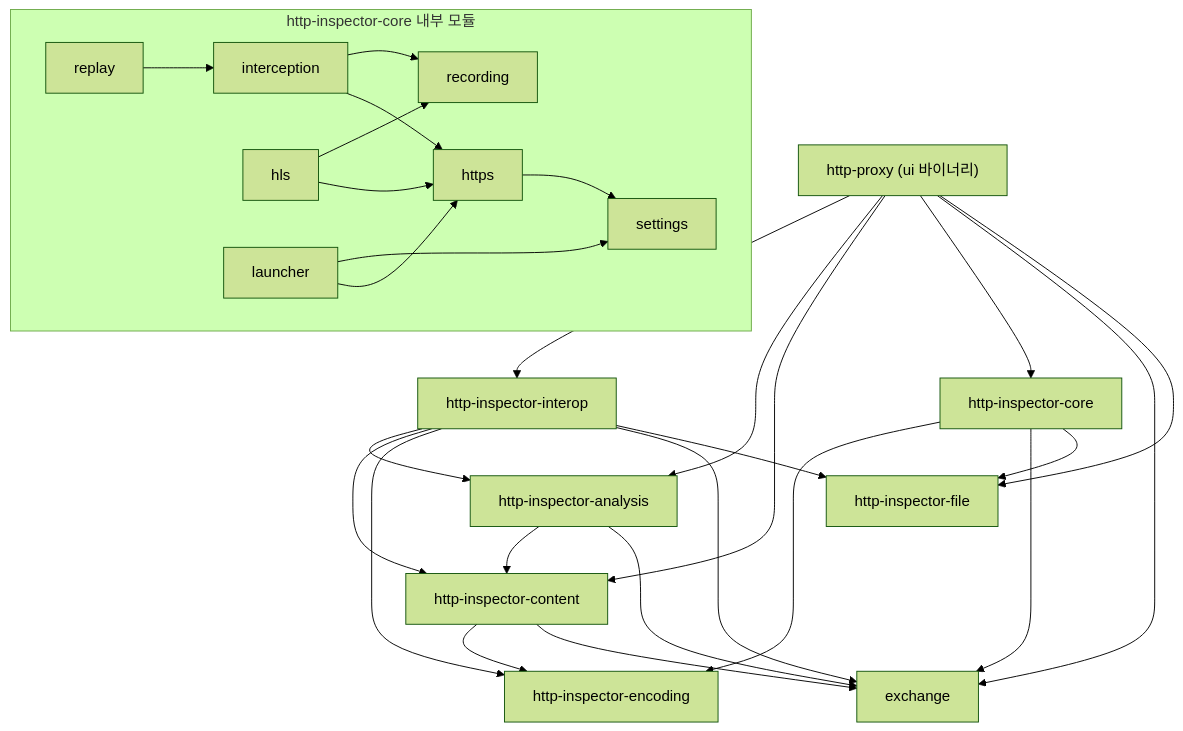
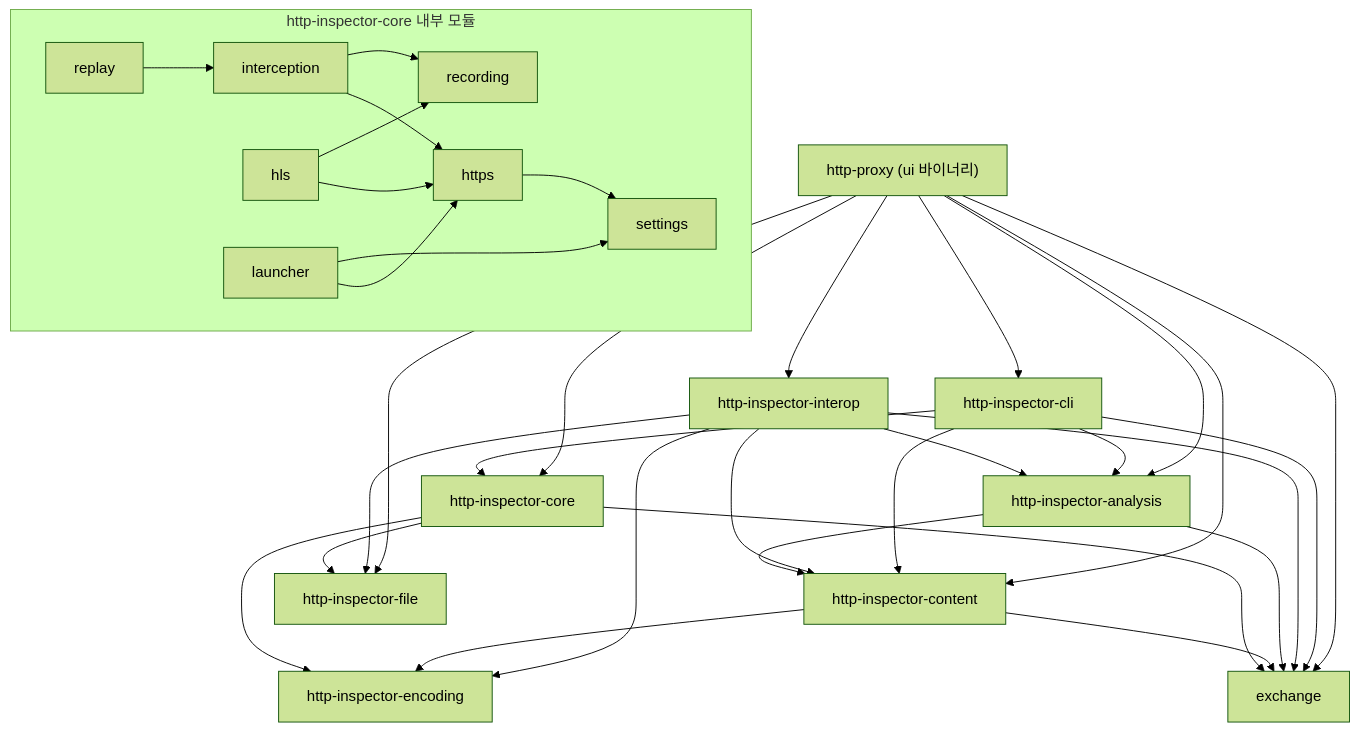
Before and after one commit to leedonggyu1848/http_proxy: the diagram in docs/development.md, drawn with Mermaid (forest theme). The commit also changed other lines of this file and 25 other files, not shown here.

````diff
--- a/docs/development.md
+++ b/docs/development.md
@@ -145,17 +146,18 @@
 ```mermaid
 graph TD
-  ui["http-proxy (ui 바이너리)"] --> interop & analysis & content & core & exchange & file
+  ui["http-proxy (ui 바이너리)"] --> cli & interop & analysis & content & core & exchange & file
+  cli["http-inspector-cli"] --> analysis & content & core & exchange
   interop["http-inspector-interop"] --> analysis & content & encoding & exchange & file
   analysis["http-inspector-analysis"] --> content & exchange
   content["http-inspector-content"] --> encoding & exchange
   core["http-inspector-core"] --> encoding & exchange & file["http-inspector-file"]
   encoding["http-inspector-encoding"]
 
   subgraph core_inner["http-inspector-core 내부 모듈"]
     replay --> interception
     interception --> https & recording
     hls --> https & recording
     launcher --> https & settings
     https --> settings
   end
 ```
````
